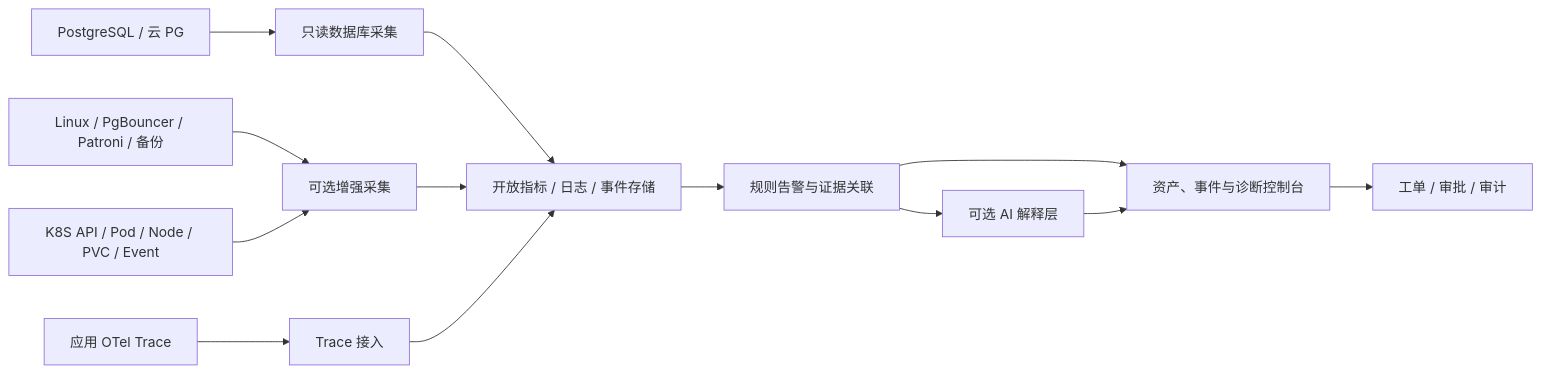
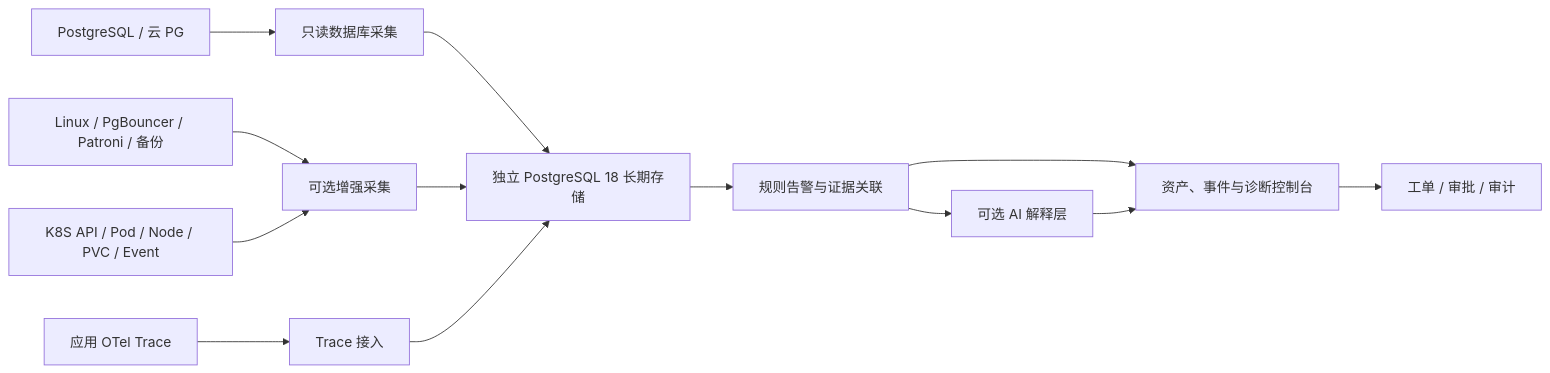
Before and after one commit to cuipengdba/DbSphere: the diagram in docs/PRODUCT_DESIGN.md, drawn with Mermaid. The commit also changed other lines of this file and 7 other files, not shown here.

Commit message:
Plan one-command deployment and PostgreSQL 18 telemetry storage

````diff
--- a/docs/PRODUCT_DESIGN.md
+++ b/docs/PRODUCT_DESIGN.md
@@ -78,15 +85,15 @@
 ```mermaid
 flowchart LR
   PG[PostgreSQL / 云 PG] --> C[只读数据库采集]
   X[Linux / PgBouncer / Patroni / 备份] --> E[可选增强采集]
   K[K8S API / Pod / Node / PVC / Event] --> E
   APP[应用 OTel Trace] --> T[Trace 接入]
-  C --> O[开放指标 / 日志 / 事件存储]
+  C --> O[独立 PostgreSQL 18 长期存储]
   E --> O
   T --> O
   O --> R[规则告警与证据关联]
   R --> U[资产、事件与诊断控制台]
   R --> AI[可选 AI 解释层]
   AI --> U
   U --> W[工单 / 审批 / 审计]
 ```
````
